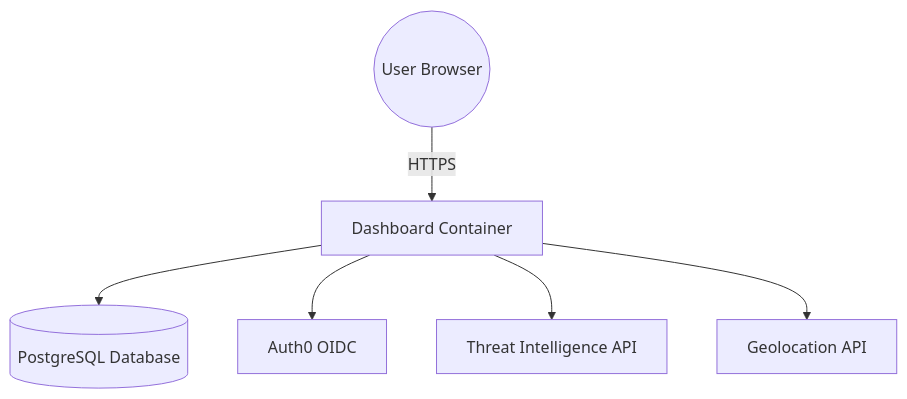
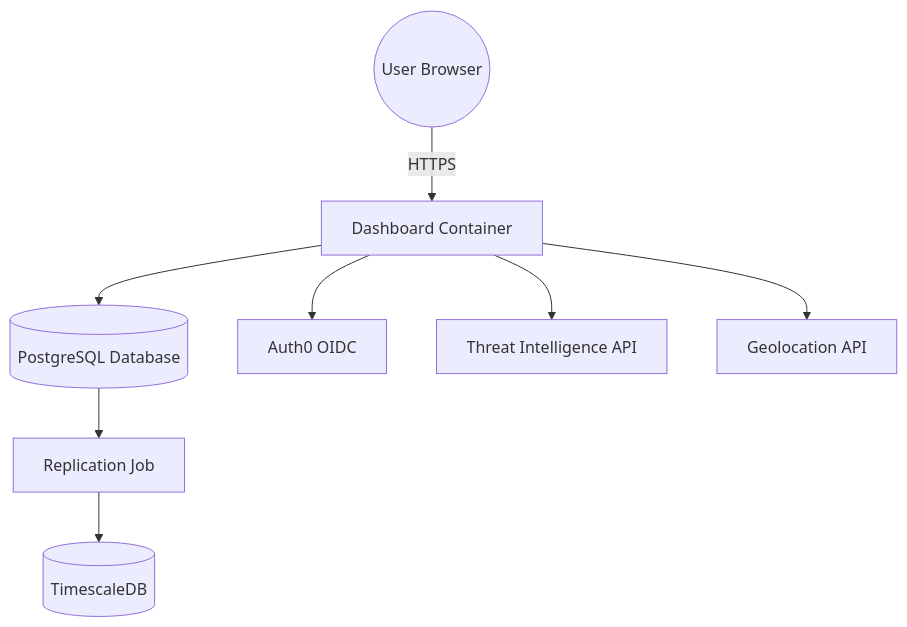
Before and after one commit to WSG23/yosai_intel_dashboard_fresh: the diagram in docs/deployment_diagram.md, drawn with Mermaid. The commit also changed other lines of this file and 7 other files, not shown here.

Commit message:
Add alembic migrations and replication job

````diff
--- a/docs/deployment_diagram.md
+++ b/docs/deployment_diagram.md
@@ -5,8 +5,10 @@
 ```mermaid
 flowchart TD
     Browser((User Browser)) -->|HTTPS| Dashboard["Dashboard Container"]
     Dashboard --> Postgres[(PostgreSQL Database)]
+    Postgres --> Replicator["Replication Job"]
+    Replicator --> Timescale[(TimescaleDB)]
     Dashboard --> Auth0["Auth0 OIDC"]
     Dashboard --> ThreatIntel["Threat Intelligence API"]
     Dashboard --> GeoAPI["Geolocation API"]
 ```
````
